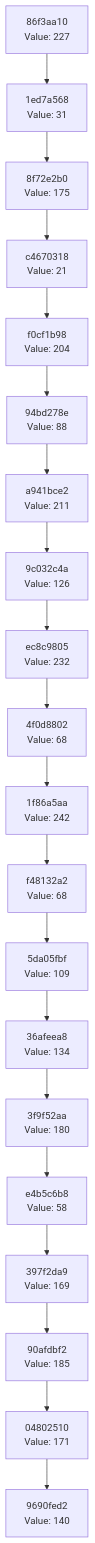
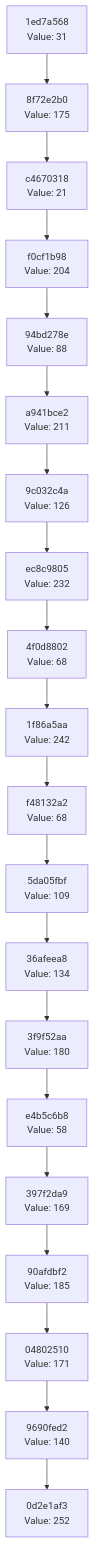
Before and after one commit to Abhisheksinha1506/hash-chain-evolver: the diagram in docs/CHAIN_VISUALIZATION.md, drawn with Mermaid. The commit also changed 2 other files, not shown here.

Commit message:
Evolution step: hash 0xFC → action executed

````diff
--- a/docs/CHAIN_VISUALIZATION.md
+++ b/docs/CHAIN_VISUALIZATION.md
@@ -3,42 +3,42 @@
 ```mermaid
 graph TD
-    C0["9690fed2<br/>Value: 140"]
-    C1["04802510<br/>Value: 171"]
+    C0["0d2e1af3<br/>Value: 252"]
+    C1["9690fed2<br/>Value: 140"]
     C1 --> C0
-    C2["90afdbf2<br/>Value: 185"]
+    C2["04802510<br/>Value: 171"]
     C2 --> C1
-    C3["397f2da9<br/>Value: 169"]
+    C3["90afdbf2<br/>Value: 185"]
     C3 --> C2
-    C4["e4b5c6b8<br/>Value: 58"]
+    C4["397f2da9<br/>Value: 169"]
     C4 --> C3
-    C5["3f9f52aa<br/>Value: 180"]
+    C5["e4b5c6b8<br/>Value: 58"]
     C5 --> C4
-    C6["36afeea8<br/>Value: 134"]
+    C6["3f9f52aa<br/>Value: 180"]
     C6 --> C5
-    C7["5da05fbf<br/>Value: 109"]
+    C7["36afeea8<br/>Value: 134"]
     C7 --> C6
-    C8["f48132a2<br/>Value: 68"]
+    C8["5da05fbf<br/>Value: 109"]
     C8 --> C7
-    C9["1f86a5aa<br/>Value: 242"]
+    C9["f48132a2<br/>Value: 68"]
     C9 --> C8
-    C10["4f0d8802<br/>Value: 68"]
+    C10["1f86a5aa<br/>Value: 242"]
     C10 --> C9
-    C11["ec8c9805<br/>Value: 232"]
+    C11["4f0d8802<br/>Value: 68"]
     C11 --> C10
-    C12["9c032c4a<br/>Value: 126"]
+    C12["ec8c9805<br/>Value: 232"]
     C12 --> C11
-    C13["a941bce2<br/>Value: 211"]
+    C13["9c032c4a<br/>Value: 126"]
     C13 --> C12
-    C14["94bd278e<br/>Value: 88"]
+    C14["a941bce2<br/>Value: 211"]
     C14 --> C13
-    C15["f0cf1b98<br/>Value: 204"]
+    C15["94bd278e<br/>Value: 88"]
     C15 --> C14
-    C16["c4670318<br/>Value: 21"]
+    C16["f0cf1b98<br/>Value: 204"]
     C16 --> C15
-    C17["8f72e2b0<br/>Value: 175"]
+    C17["c4670318<br/>Value: 21"]
     C17 --> C16
-    C18["1ed7a568<br/>Value: 31"]
+    C18["8f72e2b0<br/>Value: 175"]
     C18 --> C17
-    C19["86f3aa10<br/>Value: 227"]
+    C19["1ed7a568<br/>Value: 31"]
     C19 --> C18
 ```
````
